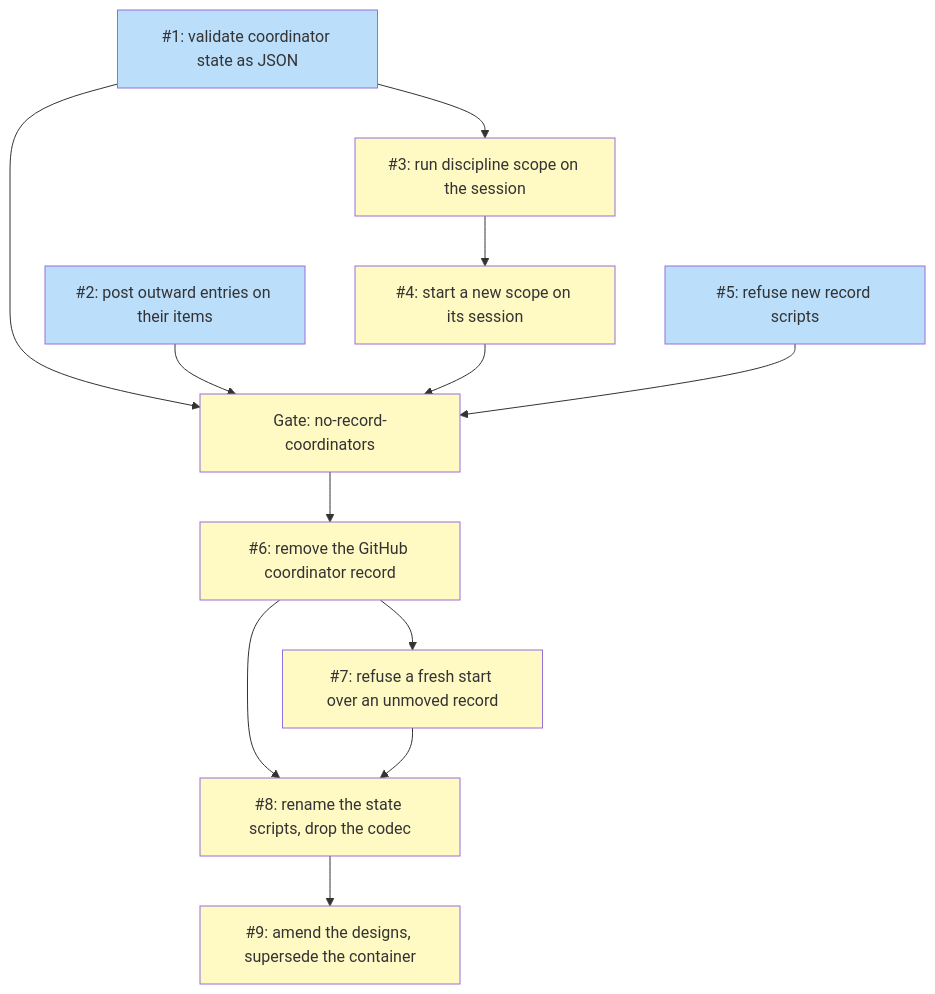
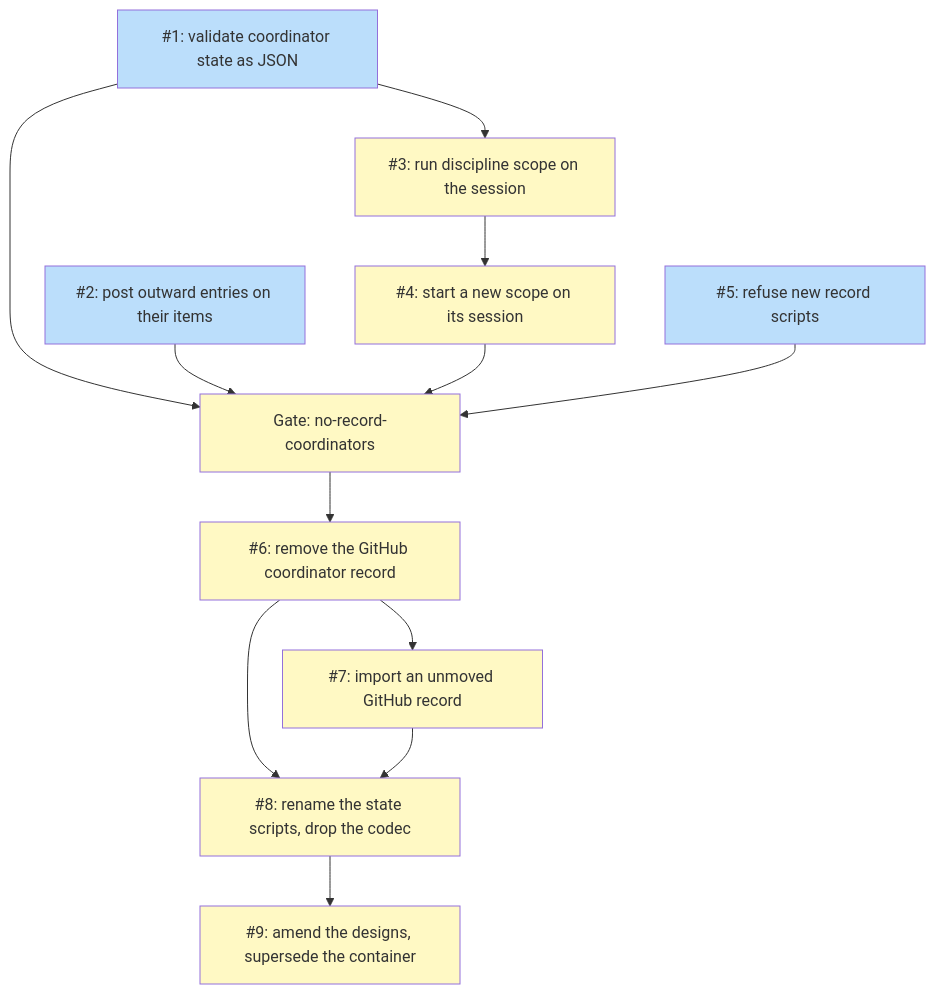
One commit to tsukumogami/shirabe changed the diagram in docs/plans/PLAN-coordinator-record-teardown.md. Above: the diagram before and after it, drawn with Mermaid. The commit also changed other lines of this file and 2 other files, not shown here.

Commit message:
docs(scope): import an unmoved GitHub record instead of guarding the start

````diff
--- a/docs/plans/PLAN-coordinator-record-teardown.md
+++ b/docs/plans/PLAN-coordinator-record-teardown.md
@@ -515,32 +520,32 @@
 ```mermaid
 graph TD
     I1["#1: validate coordinator state as JSON"]
     I2["#2: post outward entries on their items"]
     I3["#3: run discipline scope on the session"]
     I4["#4: start a new scope on its session"]
     I5["#5: refuse new record scripts"]
     G1["Gate: no-record-coordinators"]
     I6["#6: remove the GitHub coordinator record"]
-    I7["#7: refuse a fresh start over an unmoved record"]
+    I7["#7: import an unmoved GitHub record"]
     I8["#8: rename the state scripts, drop the codec"]
     I9["#9: amend the designs, supersede the container"]
 
     I1 --> I3
     I3 --> I4
     I1 --> G1
     I2 --> G1
     I4 --> G1
     I5 --> G1
     G1 --> I6
     I6 --> I7
     I6 --> I8
     I7 --> I8
     I8 --> I9
 
     classDef done fill:#c8e6c9
     classDef ready fill:#bbdefb
     classDef blocked fill:#fff9c4
 
     class I1,I2,I5 ready
     class I3,I4,G1,I6,I7,I8,I9 blocked
 ```
````
